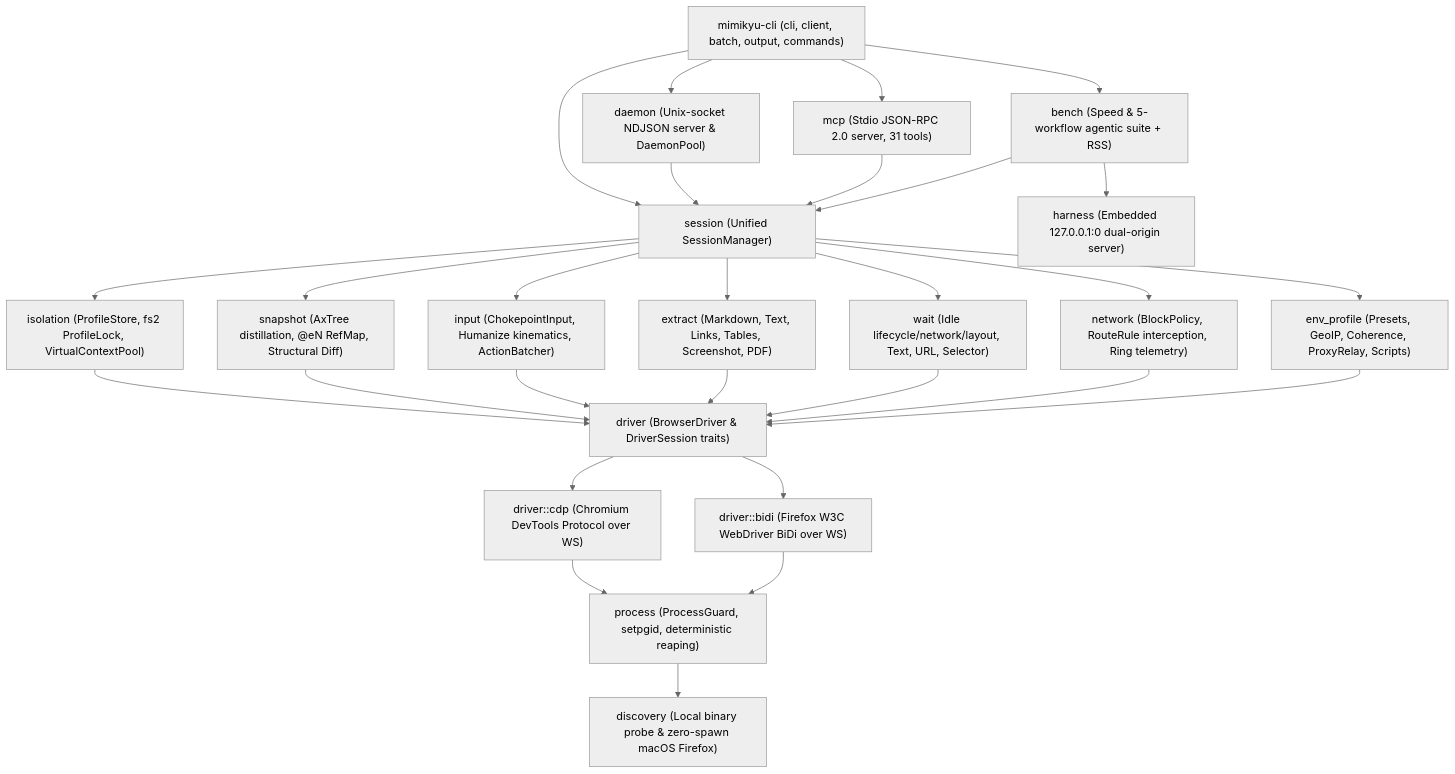
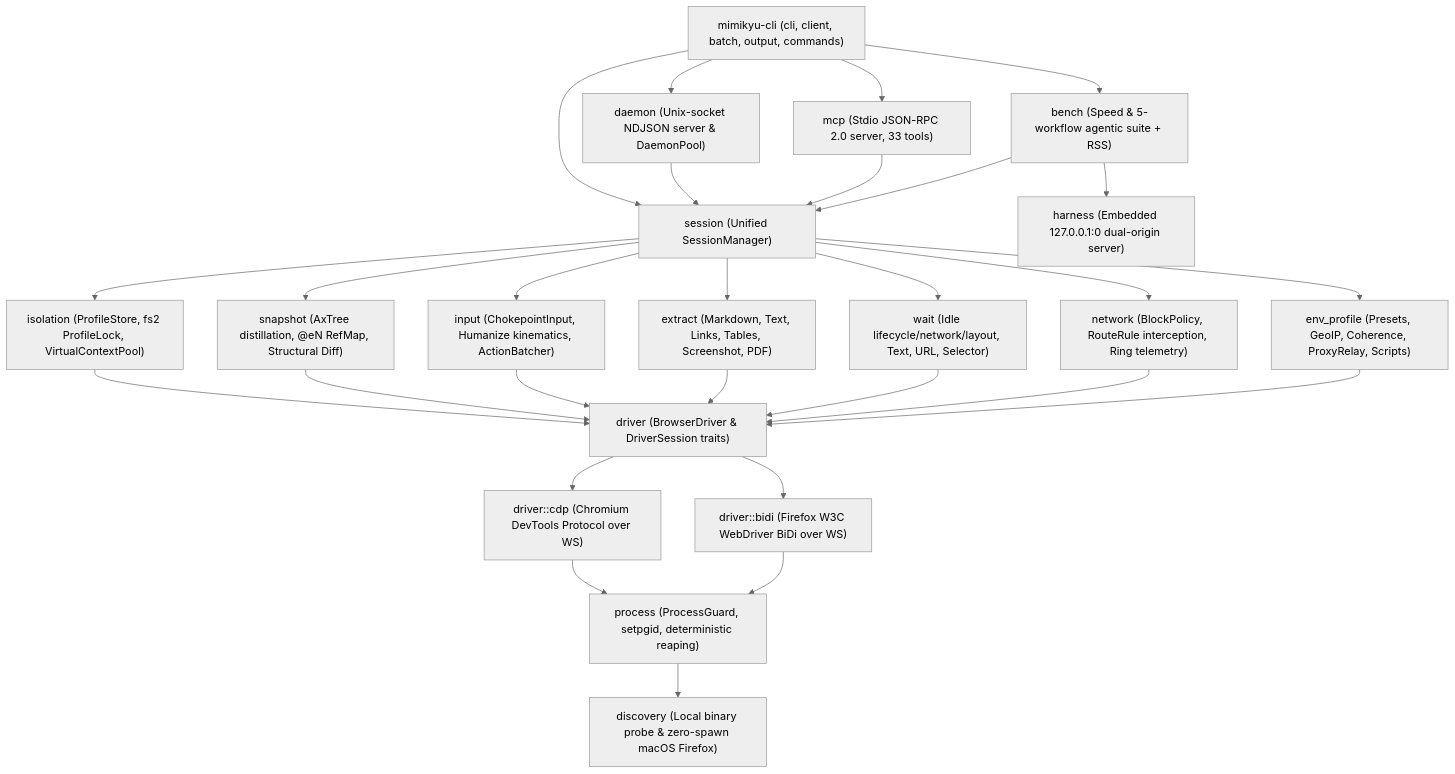
Before and after one commit to YXZYSME/mimikyu: the diagram in ARCHITECTURE.md, drawn with Mermaid (neutral theme). The commit also changed other lines of this file and 4 other files, not shown here.

Commit message:
fix(website): sync hero banner HUD to v0.2.0/33 tools, update ARCHITECTURE.md, decode doc TOC entities

````diff
--- a/ARCHITECTURE.md
+++ b/ARCHITECTURE.md
@@ -17,35 +17,35 @@
 ```mermaid
 flowchart TD
     CLI["mimikyu-cli (cli, client, batch, output, commands)"] --> Daemon["daemon (Unix-socket NDJSON server & DaemonPool)"]
-    CLI --> MCP["mcp (Stdio JSON-RPC 2.0 server, 31 tools)"]
+    CLI --> MCP["mcp (Stdio JSON-RPC 2.0 server, 33 tools)"]
     CLI --> Bench["bench (Speed & 5-workflow agentic suite + RSS)"]
     CLI --> Session["session (Unified SessionManager)"]
 
     Daemon --> Session
     MCP --> Session
     Bench --> Session
     Bench --> Harness["harness (Embedded 127.0.0.1:0 dual-origin server)"]
 
     Session --> Isolation["isolation (ProfileStore, fs2 ProfileLock, VirtualContextPool)"]
     Session --> EnvProfile["env_profile (Presets, GeoIP, Coherence, ProxyRelay, Scripts)"]
     Session --> Snapshot["snapshot (AxTree distillation, @eN RefMap, Structural Diff)"]
     Session --> Input["input (ChokepointInput, Humanize kinematics, ActionBatcher)"]
     Session --> Extract["extract (Markdown, Text, Links, Tables, Screenshot, PDF)"]
     Session --> Wait["wait (Idle lifecycle/network/layout, Text, URL, Selector)"]
     Session --> Network["network (BlockPolicy, RouteRule interception, Ring telemetry)"]
 
     Isolation --> Driver["driver (BrowserDriver & DriverSession traits)"]
     Snapshot --> Driver
     Input --> Driver
     Extract --> Driver
     Wait --> Driver
     Network --> Driver
     EnvProfile --> Driver
 
     Driver --> CDP["driver::cdp (Chromium DevTools Protocol over WS)"]
     Driver --> BiDi["driver::bidi (Firefox W3C WebDriver BiDi over WS)"]
 
     CDP --> Process["process (ProcessGuard, setpgid, deterministic reaping)"]
     BiDi --> Process
     Process --> Discovery["discovery (Local binary probe & zero-spawn macOS Firefox)"]
 ```
````
